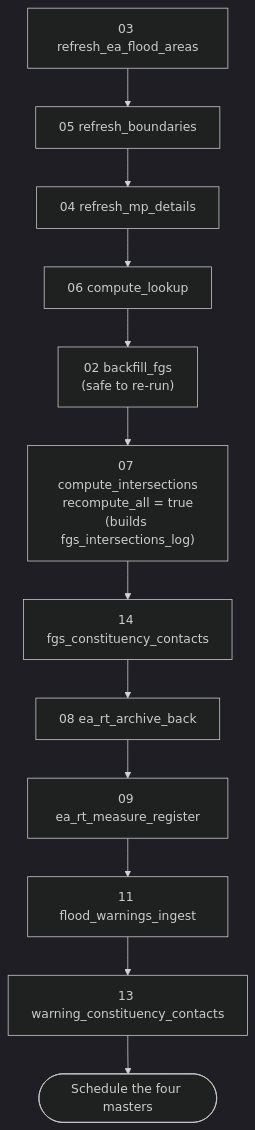
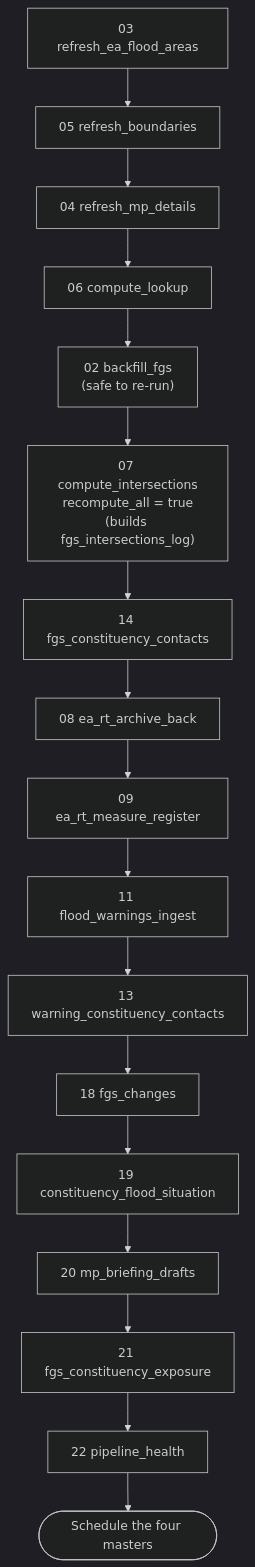
One commit to JonPayneEA/FGS_Notebooks changed the second of 6 diagrams in README.md. Above: the diagram before and after it, drawn with Mermaid (dark theme). The commit also changed other lines of this file and 11 other files, not shown here.

First line of the commit message:
Add change detection, constituency situation, MP briefing drafts, exposure history and pipeline health

````diff
--- a/README.md
+++ b/README.md
@@ -285,14 +295,19 @@
 ```mermaid
 flowchart TD
     A["03 refresh_ea_flood_areas"] --> B["05 refresh_boundaries"]
     B --> C["04 refresh_mp_details"]
     C --> D["06 compute_lookup"]
     D --> E["02 backfill_fgs<br/>(safe to re-run)"]
     E --> F["07 compute_intersections<br/>recompute_all = true<br/>(builds fgs_intersections_log)"]
     F --> F2["14 fgs_constituency_contacts"]
     F2 --> G["08 ea_rt_archive_back"]
     G --> H["09 ea_rt_measure_register"]
     H --> H2["11 flood_warnings_ingest"]
     H2 --> H3["13 warning_constituency_contacts"]
-    H3 --> I(["Schedule the four masters"])
+    H3 --> P1["18 fgs_changes"]
+    P1 --> P2["19 constituency_flood_situation"]
+    P2 --> P3["20 mp_briefing_drafts"]
+    P3 --> P4["21 fgs_constituency_exposure"]
+    P4 --> P5["22 pipeline_health"]
+    P5 --> I(["Schedule the four masters"])
 ```
````
